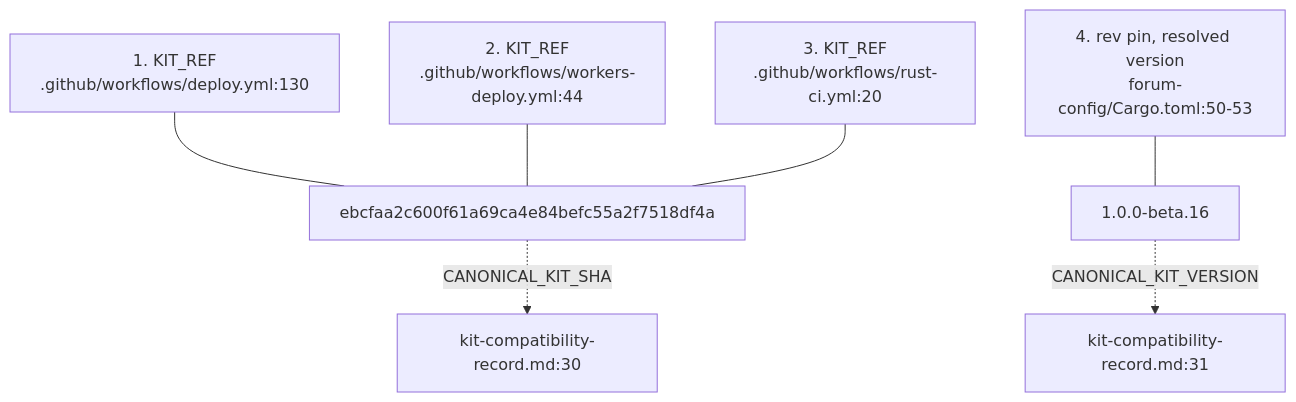
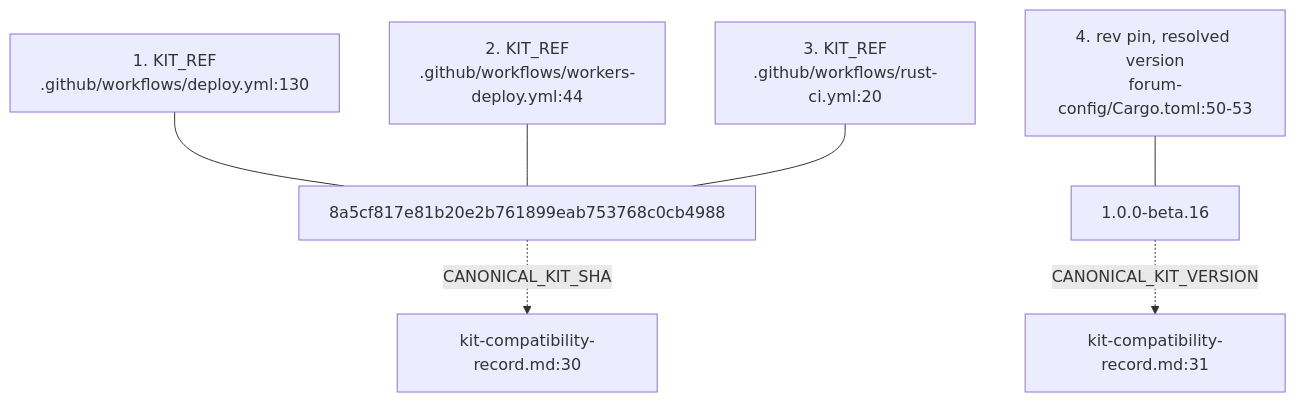
Before and after one commit to DreamLab-AI/VisionFlow: the fourth of 7 diagrams in docs/diagrams/dreamlab-ai-website/01-repo-composition-and-deploy-topology.md, drawn with Mermaid. The commit also changed other lines of this file and 145 other files, not shown here.

````diff
--- a/docs/diagrams/dreamlab-ai-website/01-repo-composition-and-deploy-topology.md
+++ b/docs/diagrams/dreamlab-ai-website/01-repo-composition-and-deploy-topology.md
@@ -66,9 +66,9 @@
 ```mermaid
 flowchart TB
-    A["1. KIT_REF<br/>.github/workflows/deploy.yml:130"] --- SHA["ebcfaa2c600f61a69ca4e84befc55a2f7518df4a"]
+    A["1. KIT_REF<br/>.github/workflows/deploy.yml:130"] --- SHA["8a5cf817e81b20e2b761899eab753768c0cb4988"]
     B["2. KIT_REF<br/>.github/workflows/workers-deploy.yml:44"] --- SHA
     C["3. KIT_REF<br/>.github/workflows/rust-ci.yml:20"] --- SHA
     D["4. rev pin, resolved version<br/>forum-config/Cargo.toml:50-53"] --- VER["1.0.0-beta.16"]
     SHA -.->|"CANONICAL_KIT_SHA"| REC["kit-compatibility-record.md:30"]
     VER -.->|"CANONICAL_KIT_VERSION"| REC2["kit-compatibility-record.md:31"]
 ```
````
